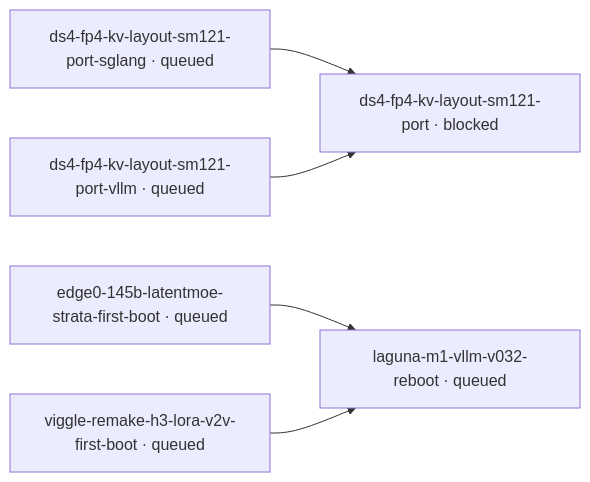
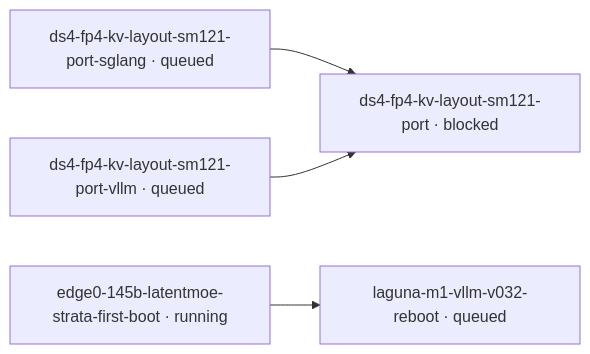
One commit to littlecedar/sparkrun-recipe-registry changed the diagram in mad-science/STATUS.md. Above: the diagram before and after it, drawn with Mermaid. The commit also changed other lines of this file, not shown here.

````diff
--- a/mad-science/STATUS.md
+++ b/mad-science/STATUS.md
@@ -21,15 +21,13 @@
 ```mermaid
 flowchart LR
-  %% 2 blocked, 4 edges, 1 prose-gated, 0 question-gated, 0 question, 21 rows not drawn (--all)
+  %% 2 blocked, 3 edges, 1 prose-gated, 0 question-gated, 0 question, 21 rows not drawn (--all)
   t1["ds4-fp4-kv-layout-sm121-port · blocked"]
   t2["ds4-fp4-kv-layout-sm121-port-sglang · queued"]
   t3["ds4-fp4-kv-layout-sm121-port-vllm · queued"]
-  t4["edge0-145b-latentmoe-strata-first-boot · queued"]
+  t4["edge0-145b-latentmoe-strata-first-boot · running"]
   t5["laguna-m1-vllm-v032-reboot · queued"]
-  t6["viggle-remake-h3-lora-v2v-first-boot · queued"]
   t2 --> t1
   t3 --> t1
   t4 --> t5
-  t6 --> t5
   classDef no-recorded-edge stroke-dasharray: 4 3
 ```
````
